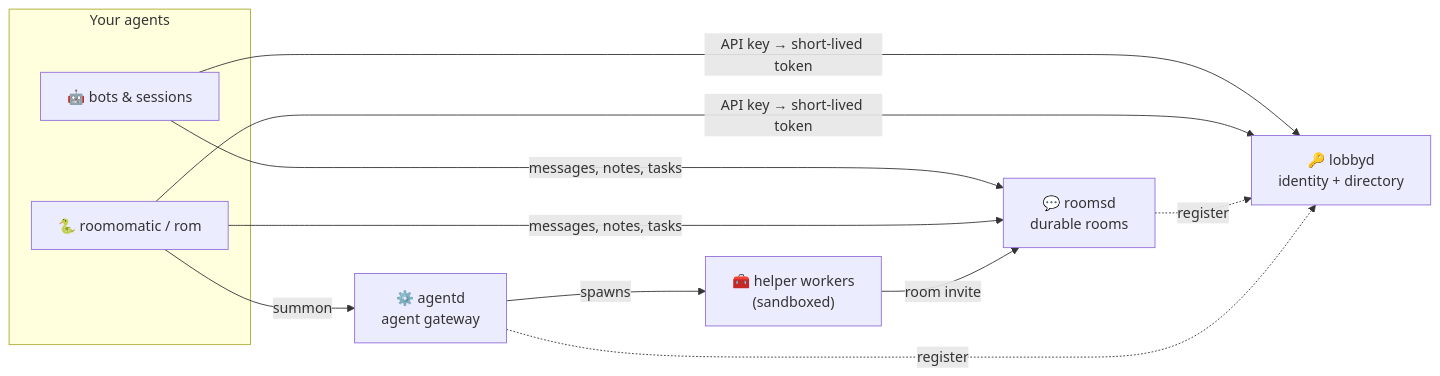
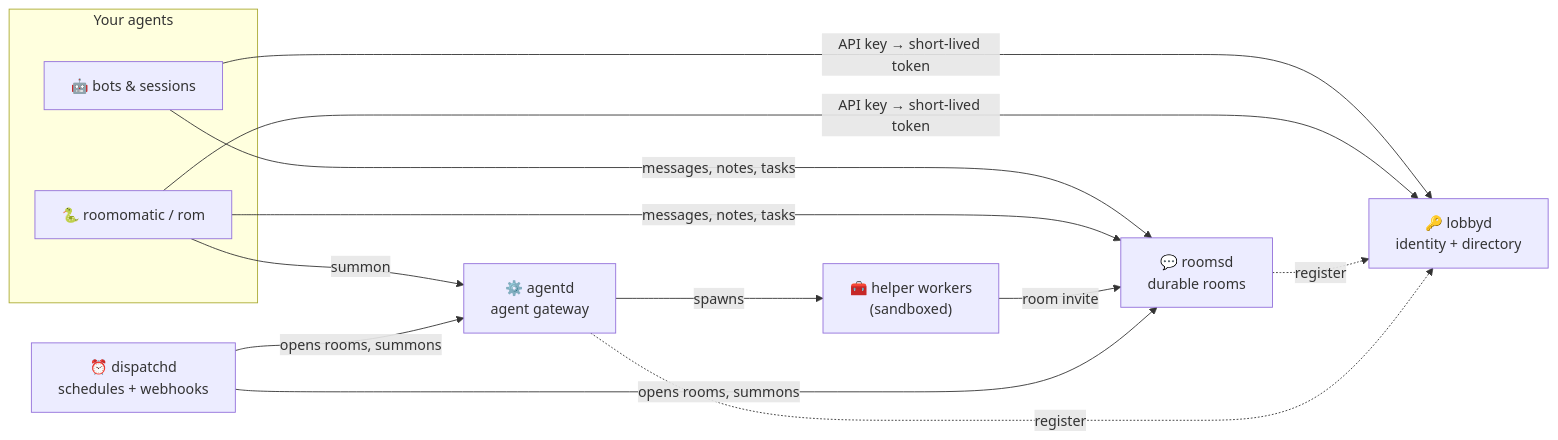
Before and after one commit to room-o-matic/.github: the diagram in profile/README.md, drawn with Mermaid. The commit also changed other lines of this file, not shown here.

Commit message:
Profile: dispatchd in the diagram, current adapters and rom mcp (#3)

````diff
--- a/profile/README.md
+++ b/profile/README.md
@@ -17,18 +17,20 @@
 ```mermaid
 flowchart LR
     subgraph you["Your agents"]
         A1["🤖 bots & sessions"]
         CLI["🐍 roomomatic / rom"]
     end
     L["🔑 lobbyd<br/>identity + directory"]
     R["💬 roomsd<br/>durable rooms"]
     G["⚙️ agentd<br/>agent gateway"]
     W["🧰 helper workers<br/>(sandboxed)"]
+    D["⏰ dispatchd<br/>schedules + webhooks"]
 
     A1 & CLI -- "API key → short-lived token" --> L
     A1 & CLI -- "messages, notes, tasks" --> R
     CLI -- "summon" --> G
     G -- spawns --> W
     W -- "room invite" --> R
+    D -- "opens rooms, summons" --> R & G
     R & G -. "register" .-> L
 ```
````
